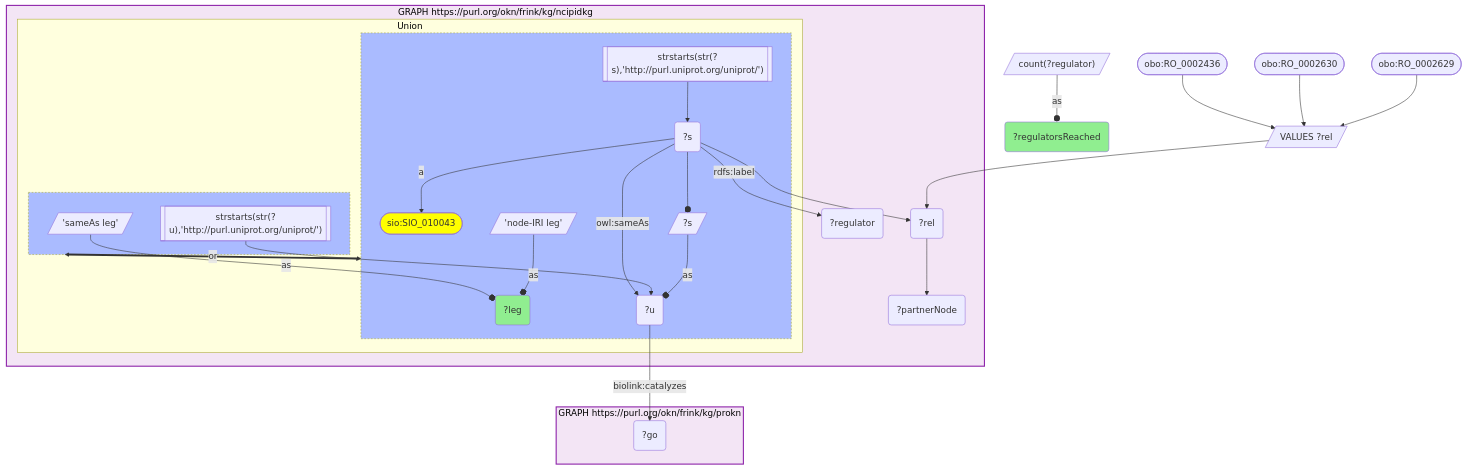
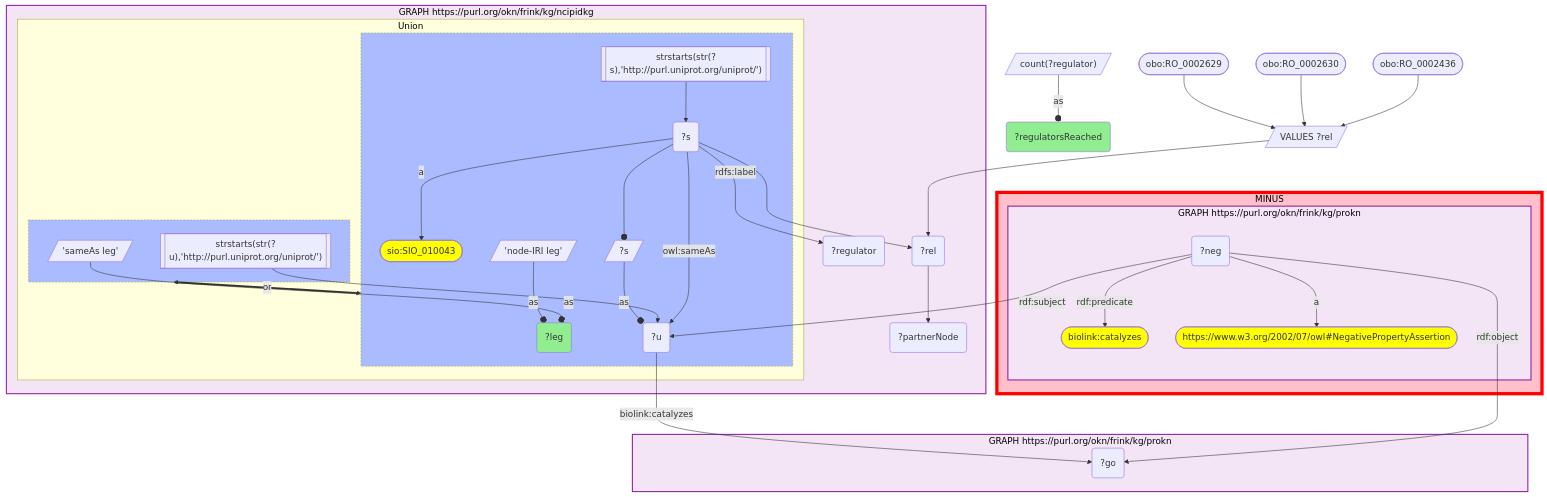
The second of 4 diagrams in docs/crosswalks/crosswalks_examples/proteins02_q1_ncipid-prokn_regulators-go-function.md (YaphetKG/mcp-okn), drawn with Mermaid before and after one commit. The commit also changed other lines of this file and 5 other files, not shown here.

````diff
--- a/docs/crosswalks/crosswalks_examples/proteins02_q1_ncipid-prokn_regulators-go-function.md
+++ b/docs/crosswalks/crosswalks_examples/proteins02_q1_ncipid-prokn_regulators-go-function.md
@@ -162,57 +171,70 @@
 ```mermaid
 graph TD
 classDef projected fill:lightgreen;
 classDef literal fill:orange;
 classDef iri fill:yellow;
   q1v10("?go")
   q1v2("?leg"):::projected 
+  q1v11("?neg")
   q1v9("?partnerNode")
   q1v8("?regulator")
   q1v1("?regulatorsReached"):::projected 
   q1v5("?rel")
   q1v7("?s")
   q1v6("?u")
   q1bind0[/"VALUES ?rel"/]
   q1bind0-->q1v5
   q1bind00(["obo:RO_0002629"])
   q1bind00 --> q1bind0
   q1bind01(["obo:RO_0002630"])
   q1bind01 --> q1bind0
   q1bind02(["obo:RO_0002436"])
   q1bind02 --> q1bind0
   subgraph q1graph0["GRAPH https://purl.org/okn/frink/kg/ncipidkg"]
     style q1graph0 fill:#f3e5f5,stroke:#8e24aa,stroke-width:2px,color:#000;
     q1graph0c3(["sio:SIO_010043"]):::iri 
     subgraph q1uniongraph00[" Union "]
     style q1uniongraph00 color:#000;
     subgraph q1uniongraph00l[" "]
       style q1uniongraph00l fill:#abf,stroke-dasharray: 3 3;
       q1graph0f0[["strstarts(str(?s),'http://purl.uniprot.org/uniprot/')"]]
       q1graph0f0 --> q1v7
       q1v7 --"a"--> q1graph0c3
       q1graph0bind1[/"?s"/]
       q1v7 --o q1graph0bind1
       q1graph0bind1 --as--o q1v6
       q1graph0bind2[/"'node-IRI leg'"/]
       q1graph0bind2 --as--o q1v2
     end
     subgraph q1uniongraph00r[" "]
       style q1uniongraph00r fill:#abf,stroke-dasharray: 3 3;
       q1graph0f1[["strstarts(str(?u),'http://purl.uniprot.org/uniprot/')"]]
       q1graph0f1 --> q1v6
       q1v7 --"owl:sameAs"--> q1v6
       q1graph0bind3[/"'sameAs leg'"/]
       q1graph0bind3 --as--o q1v2
     end
     q1uniongraph00r <== or ==> q1uniongraph00l
     end
     q1v7 --"rdfs:label"--> q1v8
     q1v7 -->q1v5--> q1v9
   end
   subgraph q1graph1["GRAPH https://purl.org/okn/frink/kg/prokn"]
     style q1graph1 fill:#f3e5f5,stroke:#8e24aa,stroke-width:2px,color:#000;
     q1v6 --"biolink:catalyzes"--> q1v10
   end
+  subgraph q1minus0["MINUS"]
+    style q1minus0 stroke-width:6px,fill:pink,stroke:red,color:#000;
+    subgraph q1graph2["GRAPH https://purl.org/okn/frink/kg/prokn"]
+      style q1graph2 fill:#f3e5f5,stroke:#8e24aa,stroke-width:2px,color:#000;
+      q1graph2c2(["biolink:catalyzes"]):::iri 
+      q1graph2c4(["https://www.w3.org/2002/07/owl#NegativePropertyAssertion"]):::iri 
+      q1v11 --"rdf:predicate"--> q1graph2c2
+      q1v11 --"a"--> q1graph2c4
+      q1v11 --"rdf:object"--> q1v10
+      q1v11 --"rdf:subject"--> q1v6
+    end
+  end
   q1bind4[/"count(?regulator)"/]
   q1bind4 --as--o q1v1
 ```
````
